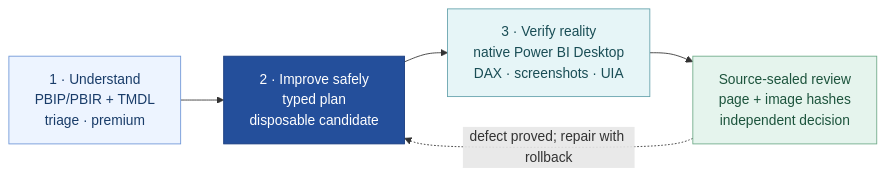
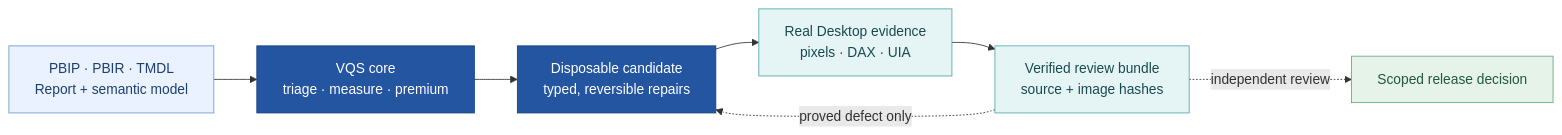
One commit to analienx/visual-quality-system changed the diagram in README.md. Above: the diagram before and after it, drawn with Mermaid. The commit also changed other lines of this file and 9 other files, not shown here.

First line of the commit message:
docs: premium README with verified Contoso report screenshots (#73)

````diff
--- a/README.md
+++ b/README.md
@@ -52,15 +68,17 @@
 ```mermaid
 flowchart LR
-  A["1 · Understand<br/>PBIP/PBIR + TMDL<br/>triage · premium"] --> B["2 · Improve safely<br/>typed plan<br/>disposable candidate"]
-  B --> C["3 · Verify reality<br/>native Power BI Desktop<br/>DAX · screenshots · UIA"]
-  C --> D["Source-sealed review<br/>page + image hashes<br/>independent decision"]
-  D -. "defect proved; repair with rollback" .-> B
-  classDef input fill:#edf4ff,stroke:#6e96d7,color:#193c69
-  classDef core fill:#244f9b,stroke:#183c7f,color:#ffffff
-  classDef verify fill:#e6f5f7,stroke:#63a1ab,color:#194d55
-  classDef review fill:#e5f4ed,stroke:#6eaa88,color:#1d543d
-  class A input
-  class B core
-  class C verify
-  class D review
+  A["PBIP · PBIR · TMDL<br/>Report + semantic model"] --> B["VQS core<br/>triage · measure · premium"]
+  B --> C["Disposable candidate<br/>typed, reversible repairs"]
+  C --> D["Real Desktop evidence<br/>pixels · DAX · UIA"]
+  D --> E["Verified review bundle<br/>source + image hashes"]
+  E -. "independent review" .-> F["Scoped release decision"]
+  E -. "proved defect only" .-> C
+  classDef src fill:#EAF2FF,stroke:#7296D5,color:#1C406B
+  classDef core fill:#2455A0,stroke:#15417F,color:#fff
+  classDef native fill:#E5F5F6,stroke:#58A6AD,color:#194A50
+  classDef gate fill:#E5F3E9,stroke:#66AA85,color:#225940
+  class A src
+  class B,C core
+  class D,E native
+  class F gate
 ```
````
